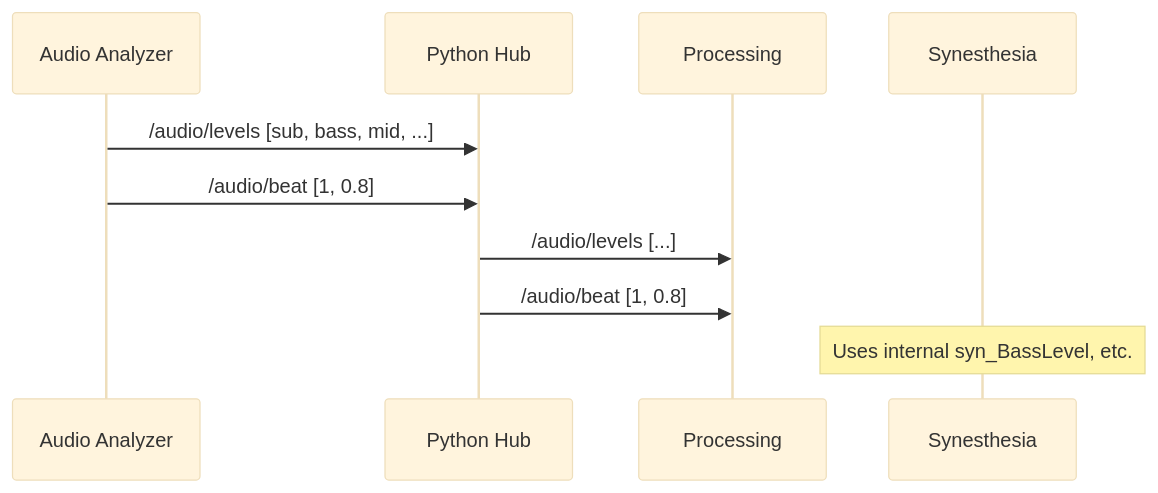
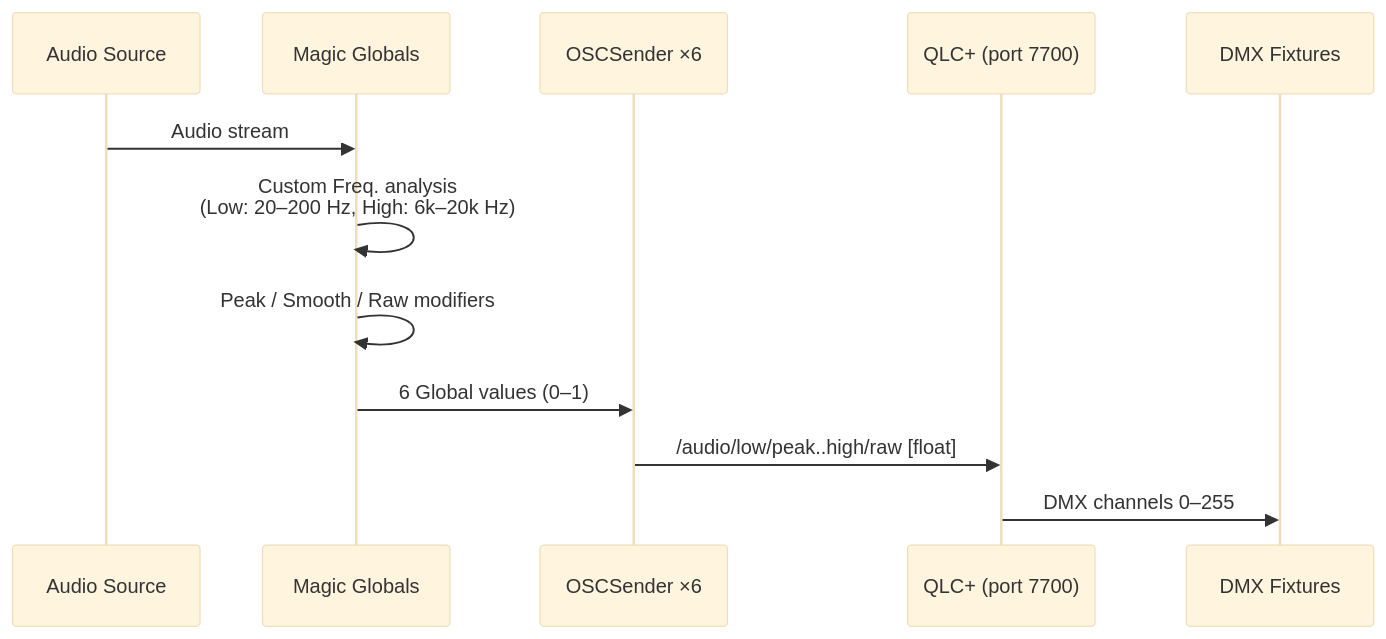
One commit to abossard/synesthesia-visuals changed the second of 2 diagrams in OSC.md. Above: the diagram before and after it, drawn with Mermaid (base theme). The commit also changed other lines of this file and 2 other files, not shown here.

First line of the commit message:
fix: replace /0/dmx/N with descriptive OSC paths for Magic→QLC+ input

````diff
--- a/OSC.md
+++ b/OSC.md
@@ -134,13 +91,15 @@
 ```mermaid
 sequenceDiagram
-    participant AA as Audio Analyzer
-    participant PY as Python Hub
-    participant PR as Processing
-    participant SYN as Synesthesia
-    
-    AA->>PY: /audio/levels [sub, bass, mid, ...]
-    AA->>PY: /audio/beat [1, 0.8]
-    PY->>PR: /audio/levels [...]
-    PY->>PR: /audio/beat [1, 0.8]
-    Note over SYN: Uses internal syn_BassLevel, etc.
+    participant Audio as Audio Source
+    participant Magic as Magic Globals
+    participant OSC as OSCSender ×6
+    participant QLC as QLC+ (port 7700)
+    participant DMX as DMX Fixtures
+
+    Audio->>Magic: Audio stream
+    Magic->>Magic: Custom Freq. analysis<br/>(Low: 20–200 Hz, High: 6k–20k Hz)
+    Magic->>Magic: Peak / Smooth / Raw modifiers
+    Magic->>OSC: 6 Global values (0–1)
+    OSC->>QLC: /audio/low/peak..high/raw [float]
+    QLC->>DMX: DMX channels 0–255
 ```
````
